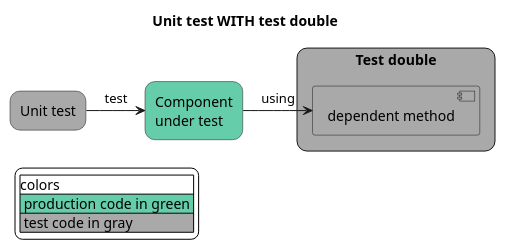
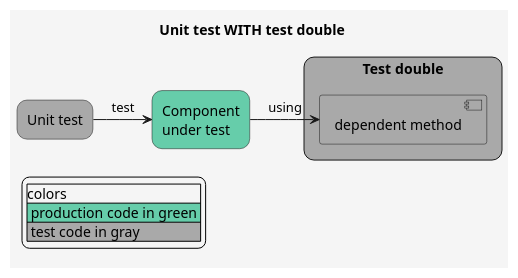
The diagram in readme-resources/test-double-after.puml (JulienRobberechts/nodejs-test-double-guide), drawn with PlantUML before and after one commit. The commit also changed 7 other files, not shown here.

```diff
--- a/readme-resources/test-double-after.puml
+++ b/readme-resources/test-double-after.puml
@@ -2,29 +2,29 @@
 @startuml
-skinparam backgroundColor White
+skinparam backgroundColor WhiteSmoke
 
 title
   Unit test WITH test double
 end title
 
 skinparam rectangle {
     roundCorner 20
 }
 
 rectangle "Unit test" as UnitTest #DarkGrey
 
 rectangle "Component\nunder test" as cut #MediumAquaMarine
 
 rectangle "Test double" as TestDoubleDependency #DarkGrey {
   component "dependent method" as TestDoubleDependencyMethod #DarkGrey
 }
 
 UnitTest -> cut: test
 cut -> TestDoubleDependencyMethod: using
 
 legend left
 |colors|
 |<#MediumAquaMarine> production code in green |
 |<#DarkGrey> test code in gray |
 endlegend
 
 @enduml
```
